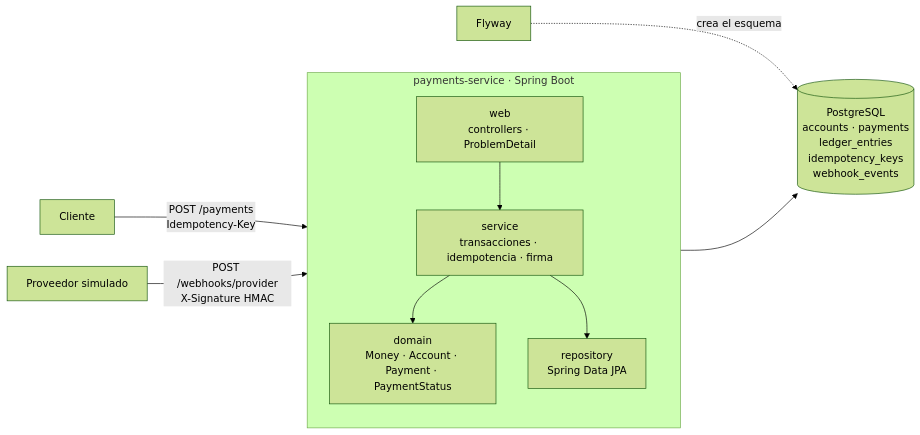
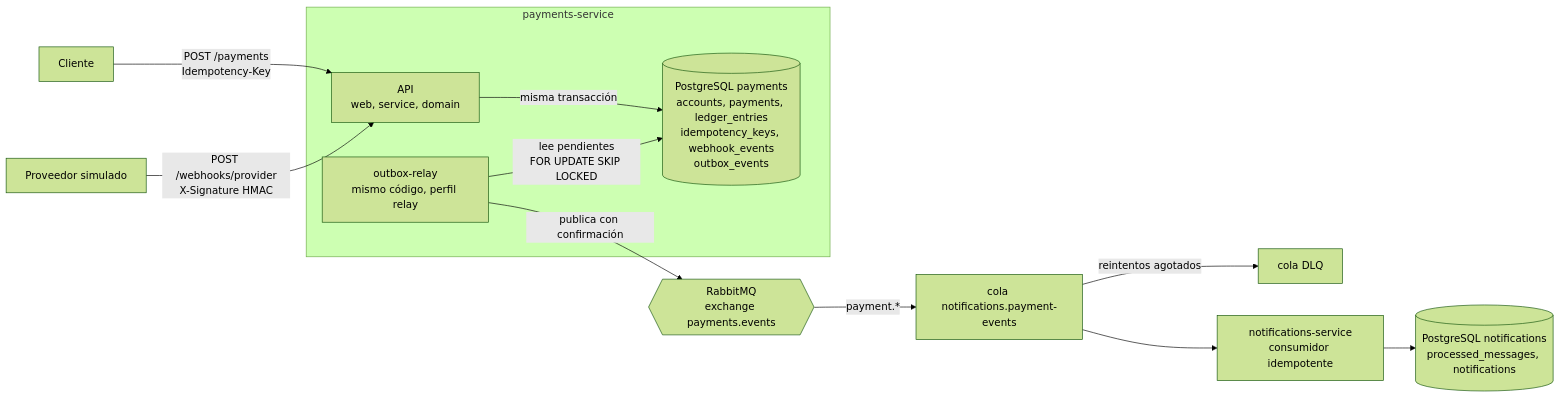
One commit to Frandercc1234/payments-service changed the first of 3 diagrams in README.md. Above: the diagram before and after it, drawn with Mermaid (forest theme). The commit also changed other lines of this file and 1 other file, not shown here.

Commit message:
N5: README con RabbitMQ en el stack, arquitectura y decisiones del outbox; guia de estudio ampliada

````diff
--- a/README.md
+++ b/README.md
@@ -33,15 +56,16 @@
 ```mermaid
 flowchart LR
-    C[Cliente] -->|POST /payments<br/>Idempotency-Key| API
-    P[Proveedor simulado] -->|POST /webhooks/provider<br/>X-Signature HMAC| API
+    C["Cliente"] -->|"POST /payments<br/>Idempotency-Key"| API
+    P["Proveedor simulado"] -->|"POST /webhooks/provider<br/>X-Signature HMAC"| API
 
-    subgraph API [payments-service · Spring Boot]
-        direction TB
-        W[web<br/>controllers · ProblemDetail] --> S[service<br/>transacciones · idempotencia · firma]
-        S --> D[domain<br/>Money · Account · Payment · PaymentStatus]
-        S --> R[repository<br/>Spring Data JPA]
+    subgraph PAY ["payments-service"]
+        API["API<br/>web, service, domain"] -->|"misma transacción"| DB1[("PostgreSQL payments<br/>accounts, payments, ledger_entries<br/>idempotency_keys, webhook_events<br/>outbox_events")]
+        RELAY["outbox-relay<br/>mismo código, perfil relay"] -->|"lee pendientes<br/>FOR UPDATE SKIP LOCKED"| DB1
     end
 
-    R --> DB[(PostgreSQL<br/>accounts · payments<br/>ledger_entries<br/>idempotency_keys<br/>webhook_events)]
-    F[Flyway] -.crea el esquema.-> DB
+    RELAY -->|"publica con confirmación"| MQ{{"RabbitMQ<br/>exchange payments.events"}}
+    MQ -->|"payment.*"| Q["cola notifications.payment-events"]
+    Q -->|"reintentos agotados"| DLQ["cola DLQ"]
+    Q --> N["notifications-service<br/>consumidor idempotente"]
+    N --> DB2[("PostgreSQL notifications<br/>processed_messages, notifications")]
 ```
````
